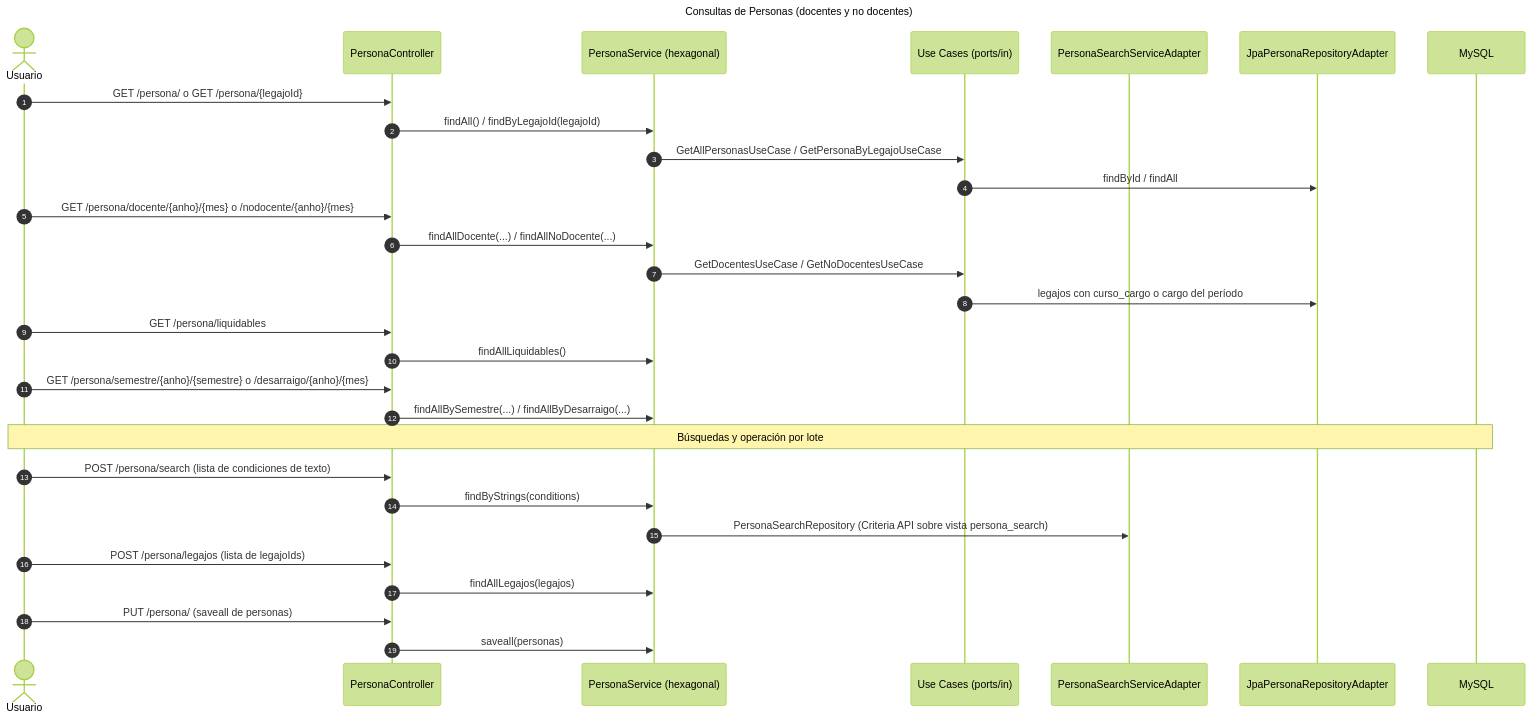
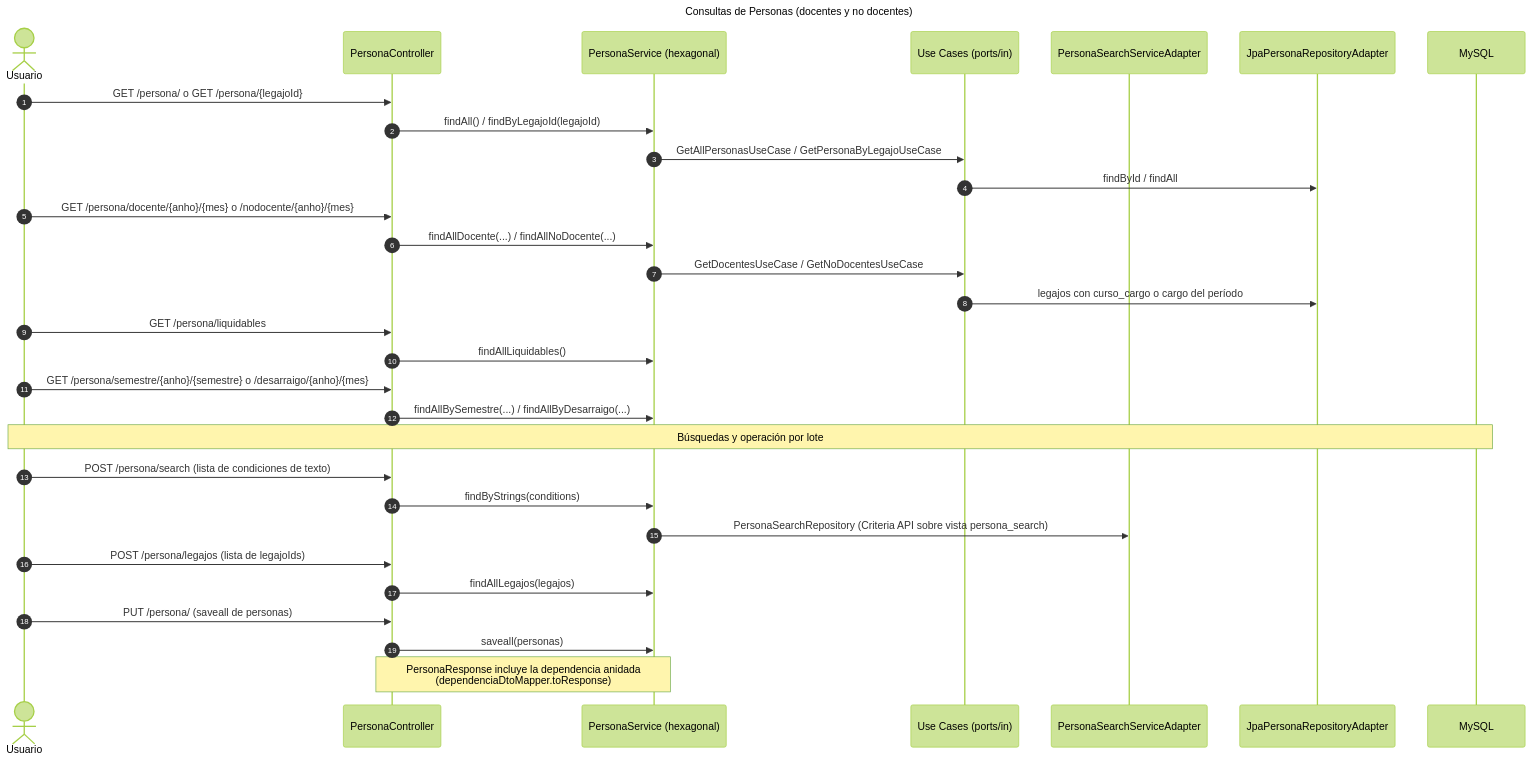
Before and after one commit to UM-services/UM.haberes.core-service: the diagram in docs/diagrams/flujo-persona-consultas.mmd, drawn with Mermaid (forest theme). The commit also changed 10 other files, not shown here.

First line of the commit message:
docs(diagrams): nuevas secuencias y notas 1.14.0

```diff
--- a/docs/diagrams/flujo-persona-consultas.mmd
+++ b/docs/diagrams/flujo-persona-consultas.mmd
@@ -1,35 +1,37 @@
 ---
 title: "Consultas de Personas (docentes y no docentes)"
 ---
 sequenceDiagram
     autonumber
     actor Usuario
     participant Ctrl as PersonaController
     participant Svc as PersonaService (hexagonal)
     participant UC as Use Cases (ports/in)
     participant SearchAdapt as PersonaSearchServiceAdapter
     participant Adapt as JpaPersonaRepositoryAdapter
     participant DB as MySQL
 
     Usuario->>Ctrl: GET /persona/ o GET /persona/{legajoId}
     Ctrl->>Svc: findAll() / findByLegajoId(legajoId)
     Svc->>UC: GetAllPersonasUseCase / GetPersonaByLegajoUseCase
     UC->>Adapt: findById / findAll
     Usuario->>Ctrl: GET /persona/docente/{anho}/{mes} o /nodocente/{anho}/{mes}
     Ctrl->>Svc: findAllDocente(...) / findAllNoDocente(...)
     Svc->>UC: GetDocentesUseCase / GetNoDocentesUseCase
     UC->>Adapt: legajos con curso_cargo o cargo del período
     Usuario->>Ctrl: GET /persona/liquidables
     Ctrl->>Svc: findAllLiquidables()
     Usuario->>Ctrl: GET /persona/semestre/{anho}/{semestre} o /desarraigo/{anho}/{mes}
     Ctrl->>Svc: findAllBySemestre(...) / findAllByDesarraigo(...)
 
     Note over Usuario,DB: Búsquedas y operación por lote
 
     Usuario->>Ctrl: POST /persona/search (lista de condiciones de texto)
     Ctrl->>Svc: findByStrings(conditions)
     Svc->>SearchAdapt: PersonaSearchRepository (Criteria API sobre vista persona_search)
     Usuario->>Ctrl: POST /persona/legajos (lista de legajoIds)
     Ctrl->>Svc: findAllLegajos(legajos)
     Usuario->>Ctrl: PUT /persona/ (saveall de personas)
     Ctrl->>Svc: saveall(personas)
+
+    Note over Ctrl,Svc: PersonaResponse incluye la dependencia anidada<br/>(dependenciaDtoMapper.toResponse)
```
